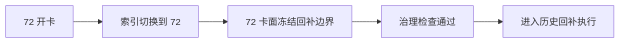
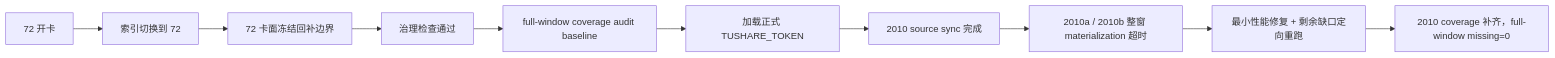
One commit to everything-is-simple/lifespan-0.01 changed the diagram in docs/03-execution/evidence/72-historical-objective-profile-backfill-execution-evidence-20260415.md. Above: the diagram before and after it, drawn with Mermaid. The commit also changed other lines of this file and 9 other files, not shown here.

````diff
--- a/docs/03-execution/evidence/72-historical-objective-profile-backfill-execution-evidence-20260415.md
+++ b/docs/03-execution/evidence/72-historical-objective-profile-backfill-execution-evidence-20260415.md
@@ -34,7 +87,12 @@
 ```mermaid
 flowchart LR
     OPEN["72 开卡"] --> INDEX["索引切换到 72"]
     INDEX --> CARD["72 卡面冻结回补边界"]
     CARD --> GOV["治理检查通过"]
-    GOV --> NEXT["进入历史回补执行"]
+    GOV --> AUDIT["full-window coverage audit baseline"]
+    AUDIT --> TOKEN["加载正式 TUSHARE_TOKEN"]
+    TOKEN --> SRC["2010 source sync 完成"]
+    SRC --> TRY1["2010a / 2010b 整窗 materialization 超时"]
+    TRY1 --> FIX["最小性能修复 + 剩余缺口定向重跑"]
+    FIX --> DONE["2010 coverage 补齐，full-window missing=0"]
 ```
````
